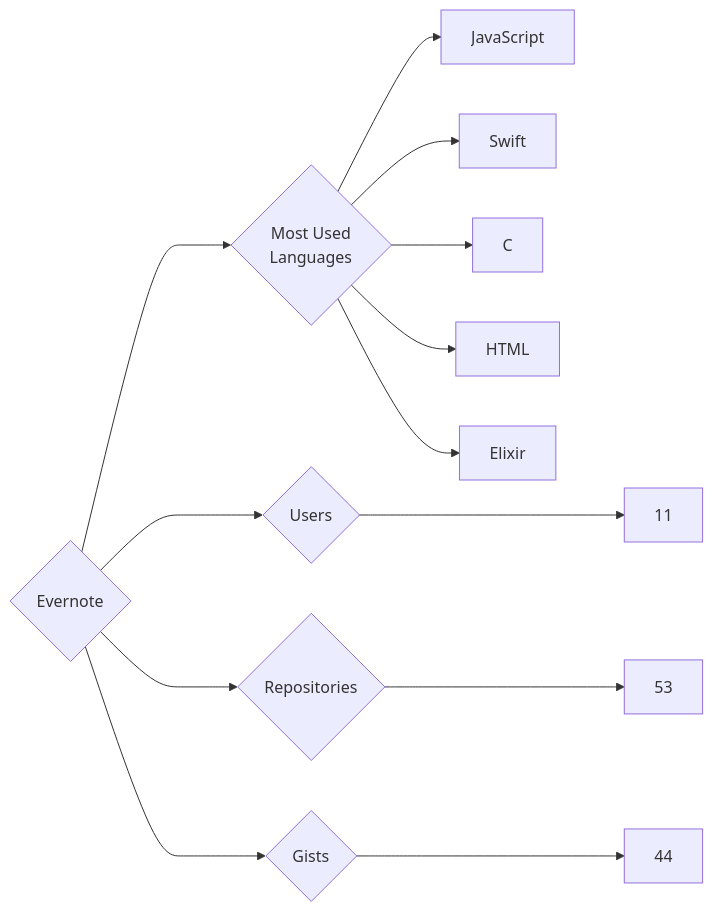
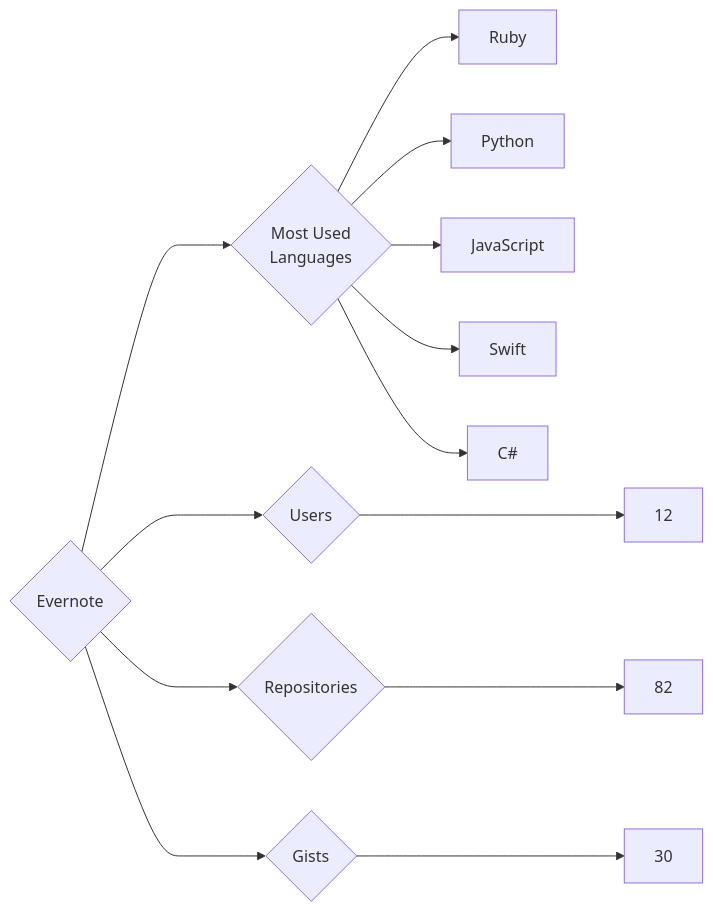
One commit to trickest/insiders changed the diagram in targets/Evernote/README.md. Above: the diagram before and after it, drawn with Mermaid. The commit also changed 1167 other files, not shown here.

````diff
--- a/targets/Evernote/README.md
+++ b/targets/Evernote/README.md
@@ -3,13 +3,13 @@
 ```mermaid
 graph LR
 COMPANY_NAME{Evernote}
-COMPANY_NAME ---> U{Users} ---> UN[11]
-COMPANY_NAME ---> R{Repositories} ---> RN[53]
-COMPANY_NAME ---> G{Gists} ---> GN[44]
+COMPANY_NAME ---> U{Users} ---> UN[12]
+COMPANY_NAME ---> R{Repositories} ---> RN[82]
+COMPANY_NAME ---> G{Gists} ---> GN[30]
 COMPANY_NAME ---> ML{Most Used<br>Languages}
+ML --> Ruby[Ruby]
+ML --> Python[Python]
 ML --> JavaScript[JavaScript]
 ML --> Swift[Swift]
-ML --> C[C]
-ML --> HTML[HTML]
-ML --> Elixir[Elixir]
+ML --> C#[C#]
 ```
````
